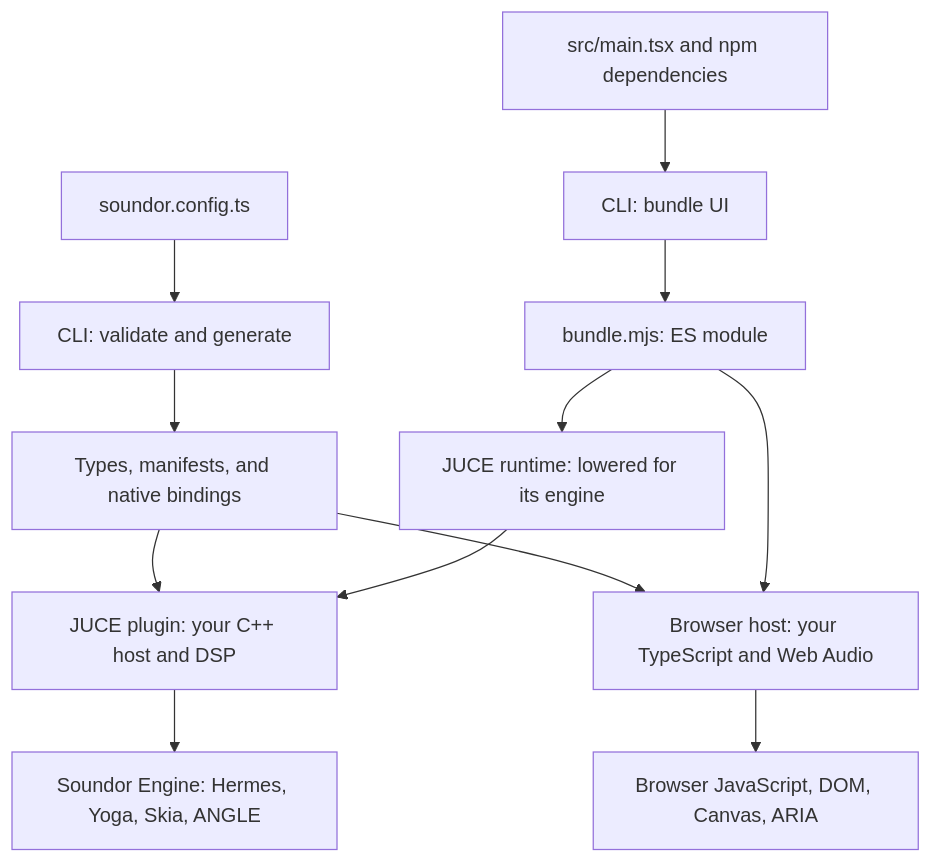
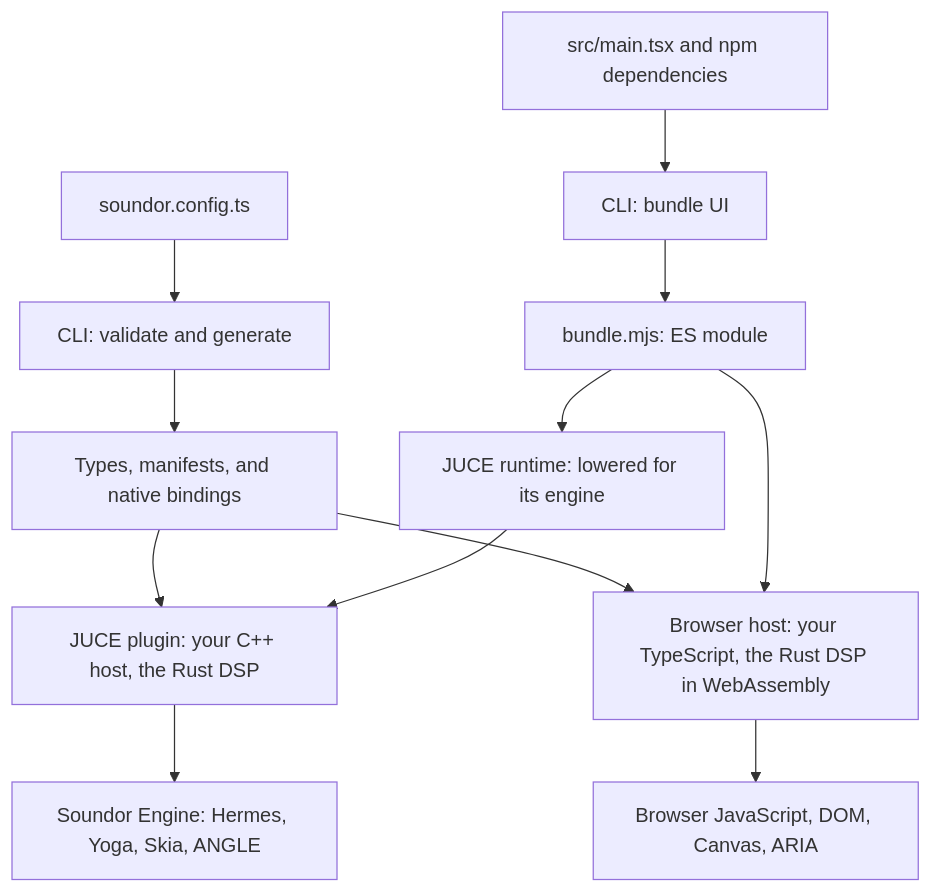
One commit to soundor/soundor changed the diagram in apps/website/content/docs/(docs)/architecture.md. Above: the diagram before and after it, drawn with Mermaid. The commit also changed other lines of this file and 74 other files, not shown here.

````diff
--- a/apps/website/content/docs/(docs)/architecture.md
+++ b/apps/website/content/docs/(docs)/architecture.md
@@ -12,14 +12,14 @@
 ```mermaid
 flowchart TD
     Config["soundor.config.ts"] --> Toolchain["CLI: validate and generate"]
     Toolchain --> Contract["Types, manifests, and native bindings"]
     Source["src/main.tsx and npm dependencies"] --> Bundle["CLI: bundle UI"]
     Bundle --> ESM["bundle.mjs: ES module"]
     ESM --> Native["JUCE runtime: lowered for its engine"]
-    Contract --> JUCE["JUCE plugin: your C++ host and DSP"]
-    Contract --> Web["Browser host: your TypeScript and Web Audio"]
+    Contract --> JUCE["JUCE plugin: your C++ host, the Rust DSP"]
+    Contract --> Web["Browser host: your TypeScript, the Rust DSP in WebAssembly"]
     Native --> JUCE
     ESM --> Web
     JUCE --> Engine["Soundor Engine: Hermes, Yoga, Skia, ANGLE"]
     Web --> Browser["Browser JavaScript, DOM, Canvas, ARIA"]
 ```
````
